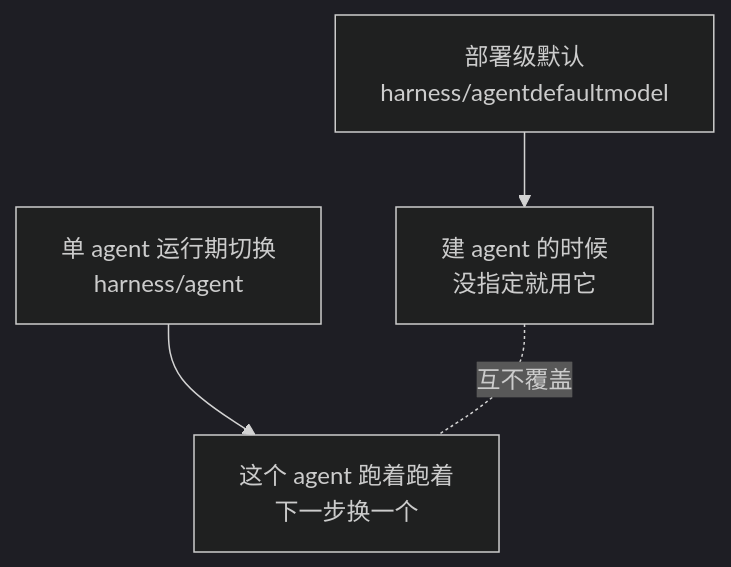
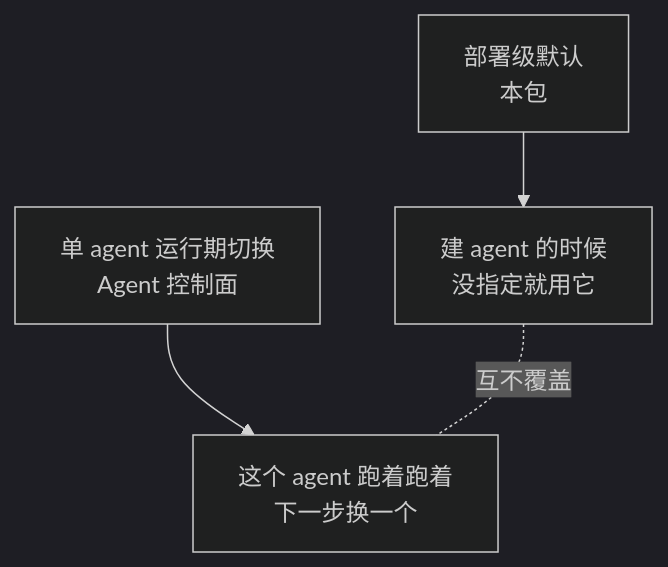
Diagram 24 of 46 in docs/modules/agentdefaultmodel.md (snight1983/ds-harness-go), drawn with Mermaid (dark theme) before and after one commit. The commit also changed other lines of this file and 43 other files, not shown here.

Commit message:
docs: 图解架构与模块设计

````diff
--- a/docs/modules/agentdefaultmodel.md
+++ b/docs/modules/agentdefaultmodel.md
@@ -108,6 +253,6 @@
 ```mermaid
 flowchart TD
-    A["部署级默认<br/>harness/agentdefaultmodel"] --> A2["建 agent 的时候<br/>没指定就用它"]
-    B["单 agent 运行期切换<br/>harness/agent"] --> B2["这个 agent 跑着跑着<br/>下一步换一个"]
+    A["部署级默认<br/>本包"] --> A2["建 agent 的时候<br/>没指定就用它"]
+    B["单 agent 运行期切换<br/>Agent 控制面"] --> B2["这个 agent 跑着跑着<br/>下一步换一个"]
     A2 -.互不覆盖.- B2
 ```
````
